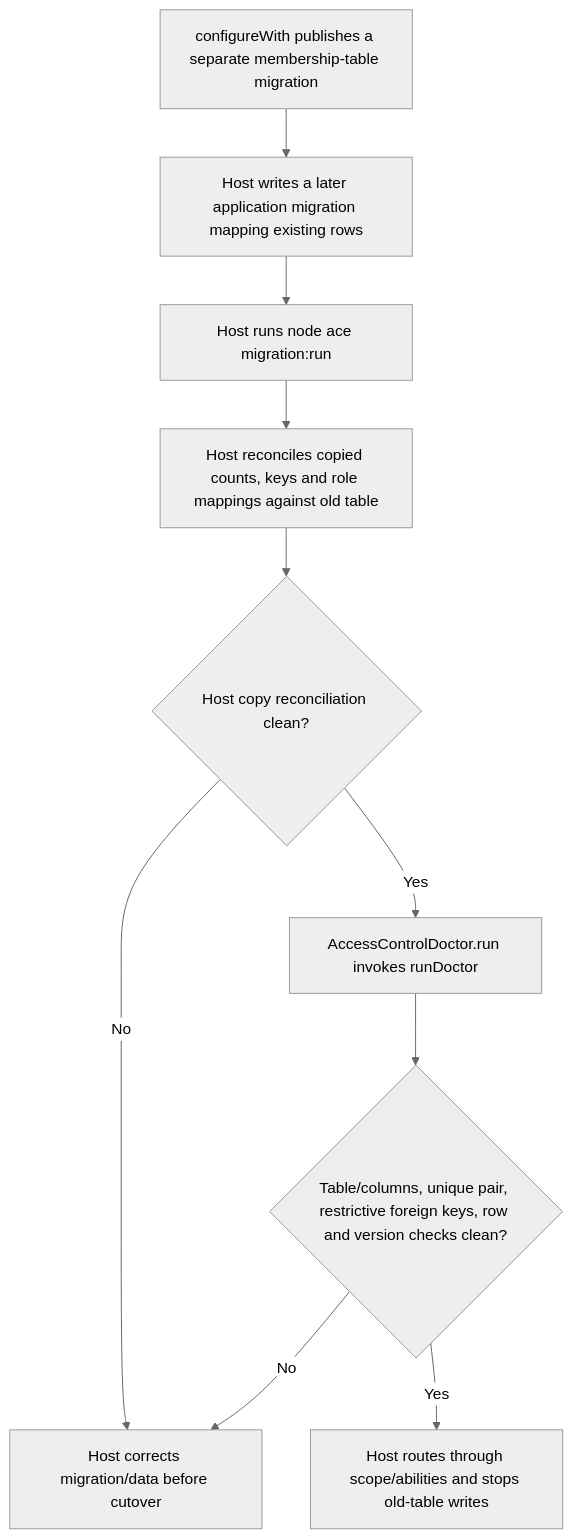
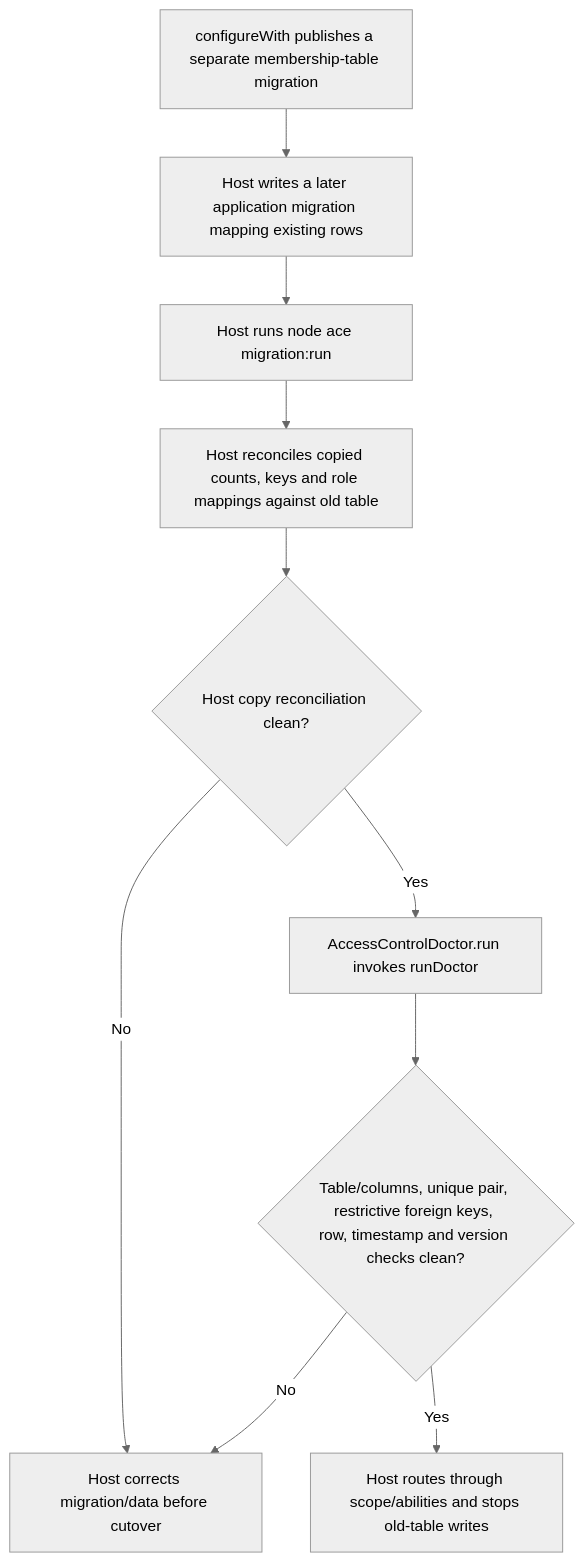
One commit to Kevinjohn/oss-adonisjs-access-control changed the second of 2 diagrams in user-stories/US-ACCESS-15-adopt-existing-memberships.md. Above: the diagram before and after it, drawn with Mermaid (neutral theme). The commit also changed 25 other files, not shown here.

````diff
--- a/user-stories/US-ACCESS-15-adopt-existing-memberships.md
+++ b/user-stories/US-ACCESS-15-adopt-existing-memberships.md
@@ -32,12 +32,12 @@
 ```mermaid
 flowchart TD
     A["configureWith publishes a separate membership-table migration"] --> B["Host writes a later application migration mapping existing rows"]
     B --> C["Host runs node ace migration:run"]
     C --> H["Host reconciles copied counts, keys and role mappings against old table"]
     H --> I{"Host copy reconciliation clean?"}
     I -->|No| F["Host corrects migration/data before cutover"]
     I -->|Yes| D["AccessControlDoctor.run invokes runDoctor"]
-    D --> E{"Table/columns, unique pair, restrictive foreign keys, row and version checks clean?"}
+    D --> E{"Table/columns, unique pair, restrictive foreign keys, row, timestamp and version checks clean?"}
     E -->|No| F
     E -->|Yes| G["Host routes through scope/abilities and stops old-table writes"]
 ```
````
